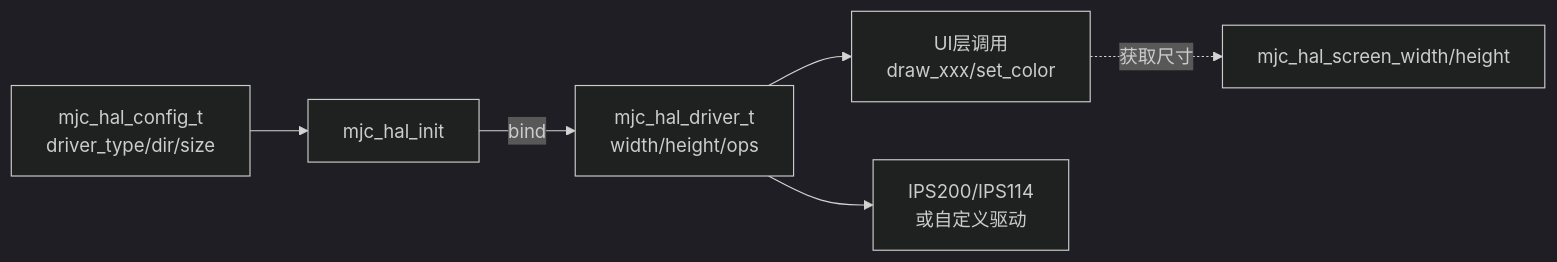
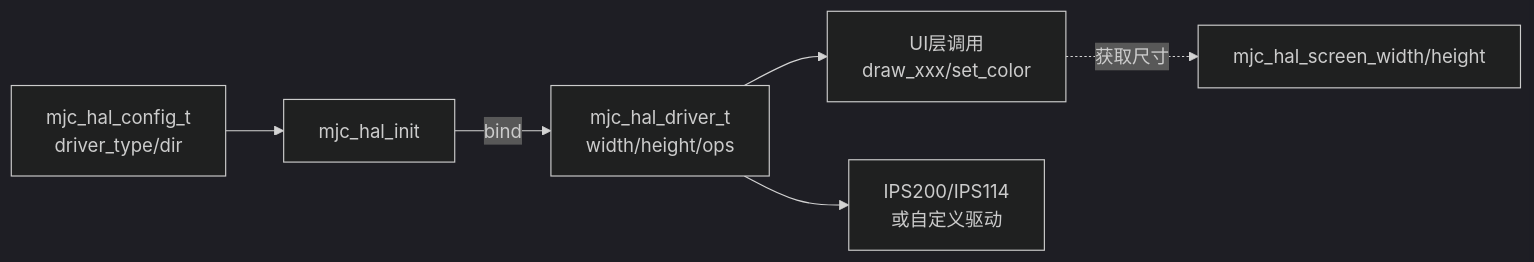
Before and after one commit to 4ImL3sSb0T/TiCup_BaseProject_3519: the second of 2 diagrams in project/code/service/gui/MujicaUI_Lite/README.md, drawn with Mermaid (dark theme). The commit also changed other lines of this file and 6 other files, not shown here.

````diff
--- a/project/code/service/gui/MujicaUI_Lite/README.md
+++ b/project/code/service/gui/MujicaUI_Lite/README.md
@@ -80,8 +110,8 @@
 ```mermaid
 flowchart LR
-    CFG[mjc_hal_config_t<br/>driver_type/dir/size] --> INIT[mjc_hal_init]
+    CFG[mjc_hal_config_t<br/>driver_type/dir] --> INIT[mjc_hal_init]
     INIT -->|bind| DRV[mjc_hal_driver_t<br/>width/height/ops]
     DRV --> APP[UI层调用<br/>draw_xxx/set_color]
     DRV --> HW[IPS200/IPS114<br/>或自定义驱动]
     APP -.获取尺寸.-> W[mjc_hal_screen_width/height]
 ```
````
